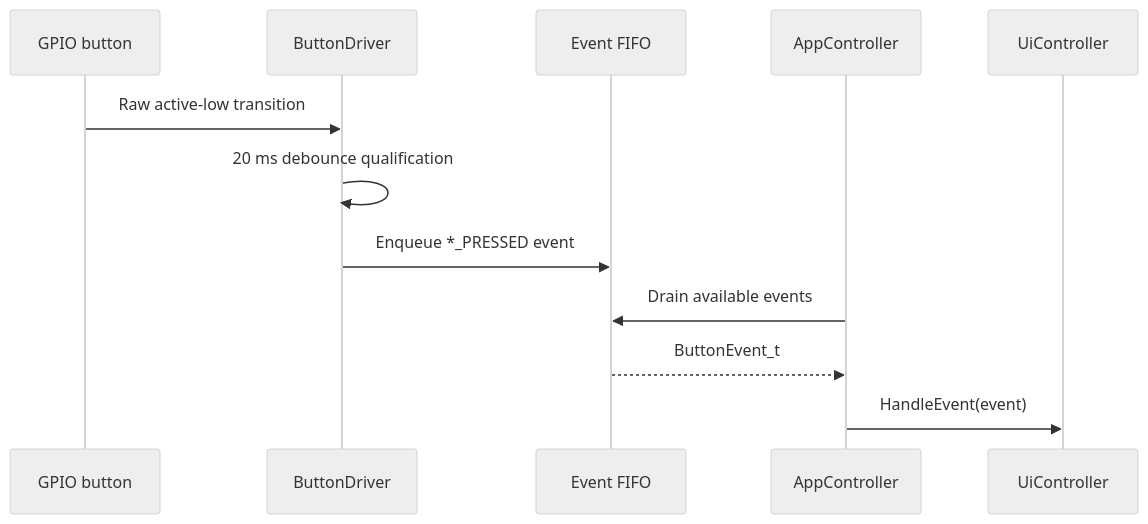
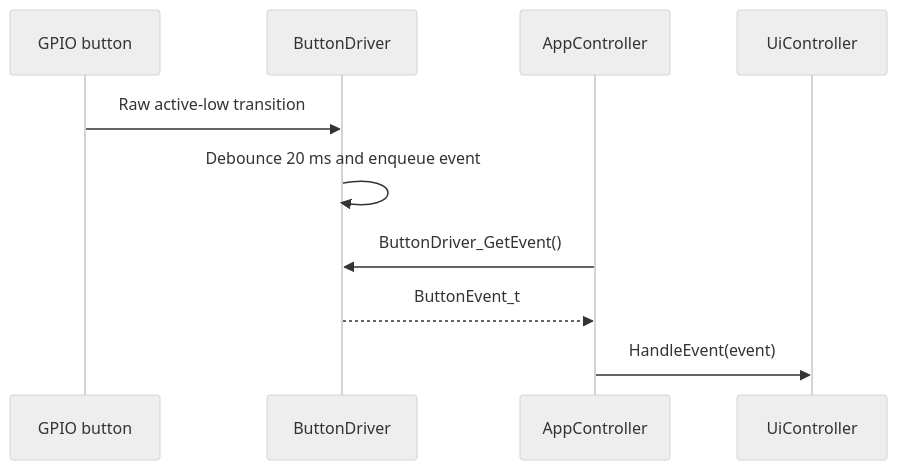
Before and after one commit to haikevins/Multimeter_Project: diagram 12 of 21 in README.md, drawn with Mermaid (neutral theme). The commit also changed other lines of this file, not shown here.

````diff
--- a/README.md
+++ b/README.md
@@ -792,15 +813,13 @@
 ```mermaid
 sequenceDiagram
     participant HW as GPIO button
     participant BD as ButtonDriver
-    participant FIFO as Event FIFO
     participant APP as AppController
     participant UI as UiController
 
     HW->>BD: Raw active-low transition
-    BD->>BD: 20 ms debounce qualification
-    BD->>FIFO: Enqueue *_PRESSED event
-    APP->>FIFO: Drain available events
-    FIFO-->>APP: ButtonEvent_t
+    BD->>BD: Debounce 20 ms and enqueue event
+    APP->>BD: ButtonDriver_GetEvent()
+    BD-->>APP: ButtonEvent_t
     APP->>UI: HandleEvent(event)
 ```
````
